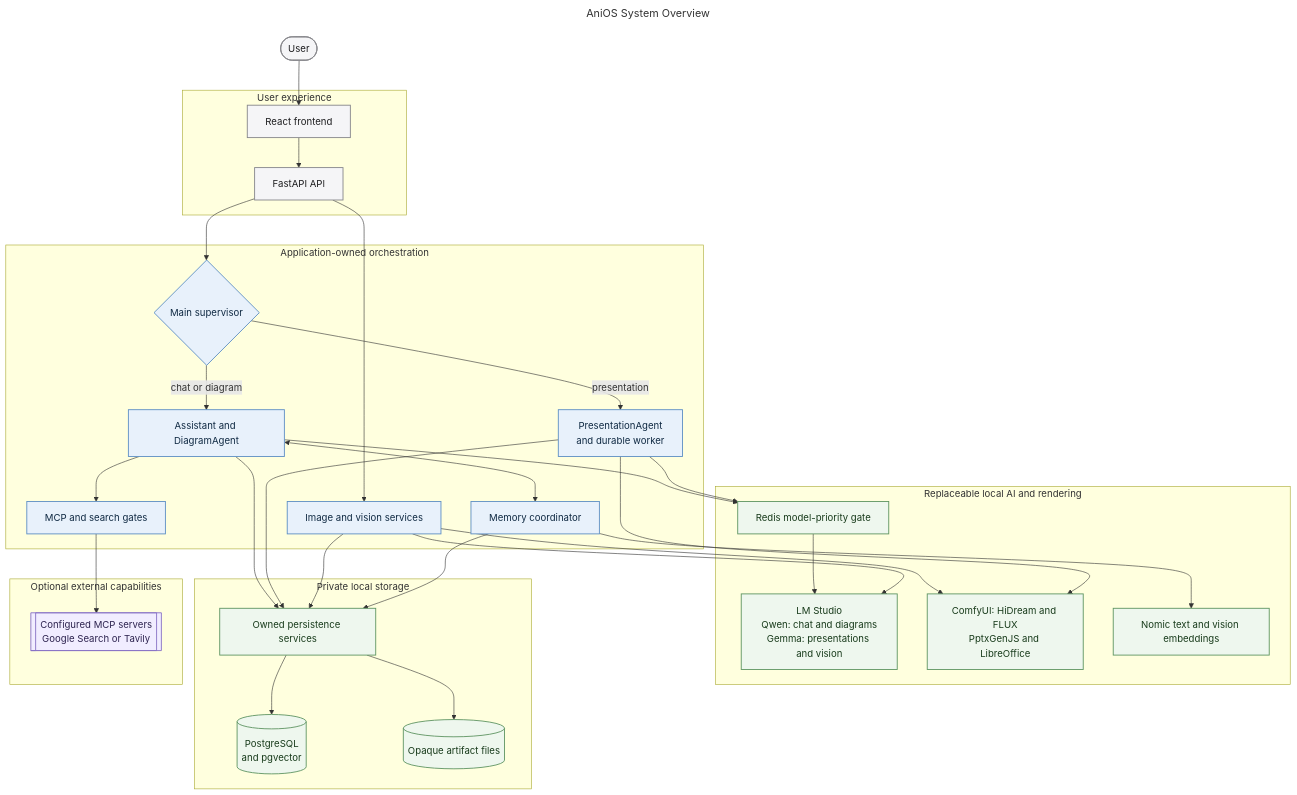
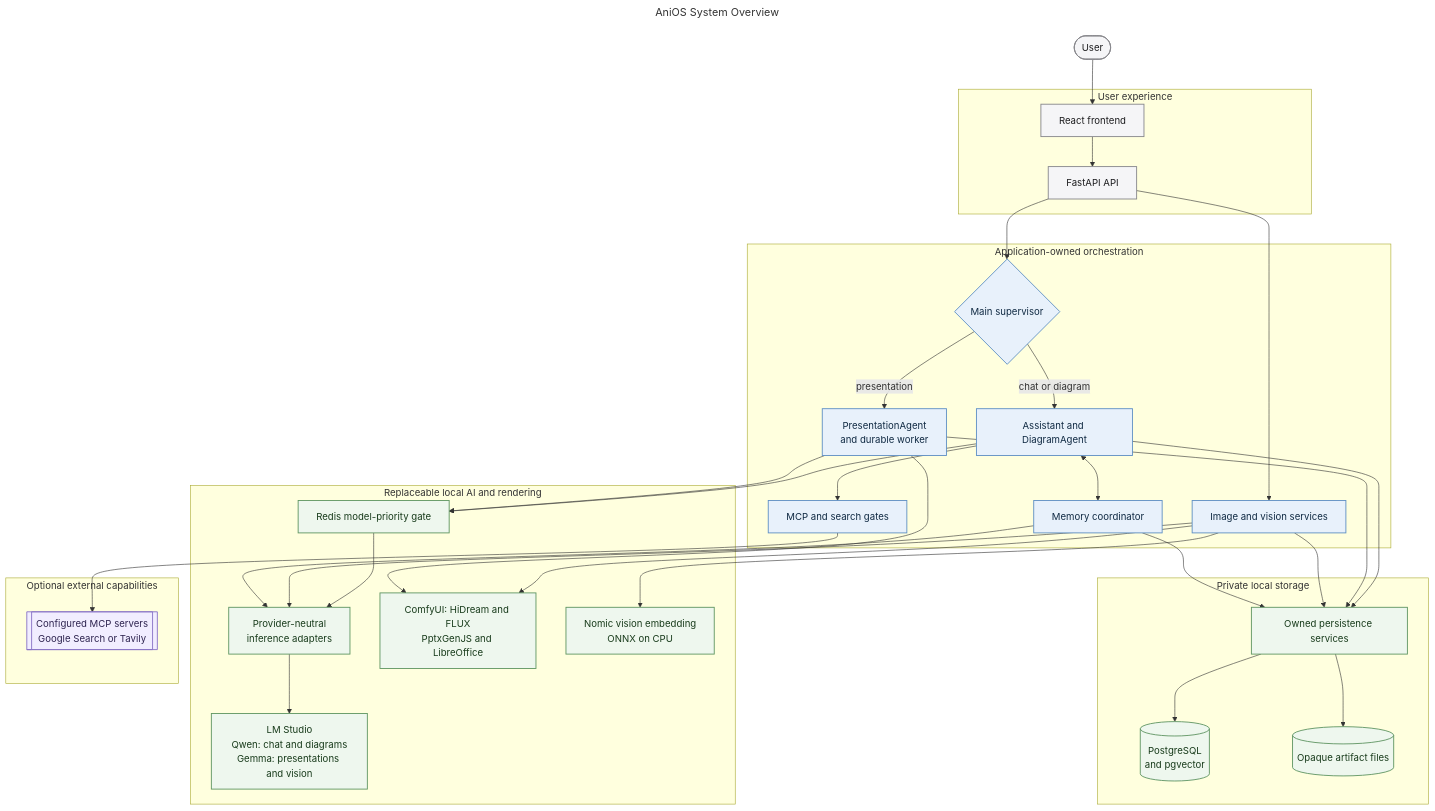
One commit to MallyaAni/PersonalAssistant changed the diagram in docs/diagrams/anios-system.mmd. Above: the diagram before and after it, drawn with Mermaid. The commit also changed 63 other files, not shown here.

```diff
--- a/docs/diagrams/anios-system.mmd
+++ b/docs/diagrams/anios-system.mmd
@@ -1,70 +1,73 @@
 ---
 title: AniOS System Overview
 ---
 flowchart TB
     User([User])
 
     subgraph Experience[User experience]
         Frontend[React frontend]
         API[FastAPI API]
         Frontend --> API
     end
 
     subgraph Orchestration[Application-owned orchestration]
         Supervisor{Main supervisor}
         Conversation[Assistant and DiagramAgent]
         Presentation[PresentationAgent<br/>and durable worker]
         Memory[Memory coordinator]
         Visual[Image and vision services]
         Tools[MCP and search gates]
     end
 
     subgraph LocalAI[Replaceable local AI and rendering]
         ModelGate[Redis model-priority gate]
+        Inference[Provider-neutral<br/>inference adapters]
         LMStudio[LM Studio<br/>Qwen: chat and diagrams<br/>Gemma: presentations and vision]
         Media[ComfyUI: HiDream and FLUX<br/>PptxGenJS and LibreOffice]
-        Embeddings[Nomic text and vision embeddings]
+        VisionEmbed[Nomic vision embedding<br/>ONNX on CPU]
     end
 
     subgraph Storage[Private local storage]
         Repositories[Owned persistence services]
         Database[(PostgreSQL<br/>and pgvector)]
         Files[(Opaque artifact files)]
         Repositories --> Database
         Repositories --> Files
     end
 
     subgraph External[Optional external capabilities]
         Integrations[[Configured MCP servers<br/>Google Search or Tavily]]
     end
 
     User --> Frontend
     API --> Supervisor
     Supervisor -->|chat or diagram| Conversation
     Supervisor -->|presentation| Presentation
     API --> Visual
     Conversation <--> Memory
 
     Conversation --> Tools --> Integrations
 
     Conversation --> ModelGate
     Presentation --> ModelGate
-    ModelGate --> LMStudio
-    Visual --> LMStudio
+    ModelGate --> Inference
+    Visual --> Inference
+    Memory --> Inference
+    Inference --> LMStudio
     Visual --> Media
+    Visual --> VisionEmbed
     Presentation --> Media
-    Memory --> Embeddings
 
     Conversation --> Repositories
     Presentation --> Repositories
     Visual --> Repositories
     Memory --> Repositories
 
     classDef interface fill:#f5f5f7,stroke:#86868b,color:#1d1d1f,stroke-width:1.5px;
     classDef application fill:#e8f1fb,stroke:#5e8fc4,color:#102a43,stroke-width:1.5px;
     classDef infrastructure fill:#eef7ee,stroke:#5f9562,color:#183b1b,stroke-width:1.5px;
     classDef external fill:#f1edff,stroke:#8872c6,color:#2e2450,stroke-width:1.5px;
     class User,Frontend,API interface;
     class Supervisor,Conversation,Presentation,Memory,Visual,Tools application;
-    class ModelGate,LMStudio,Media,Embeddings,Repositories,Database,Files infrastructure;
+    class ModelGate,Inference,LMStudio,Media,VisionEmbed,Repositories,Database,Files infrastructure;
     class Integrations external;
```
